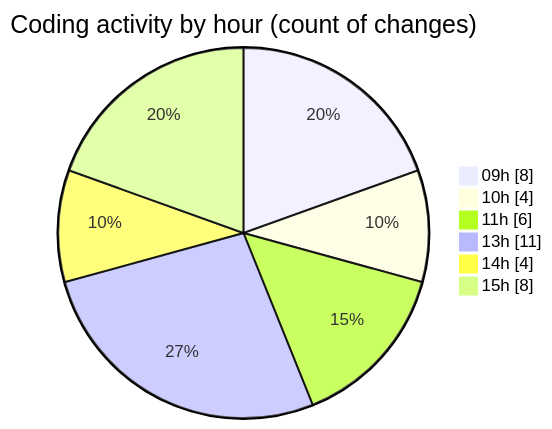
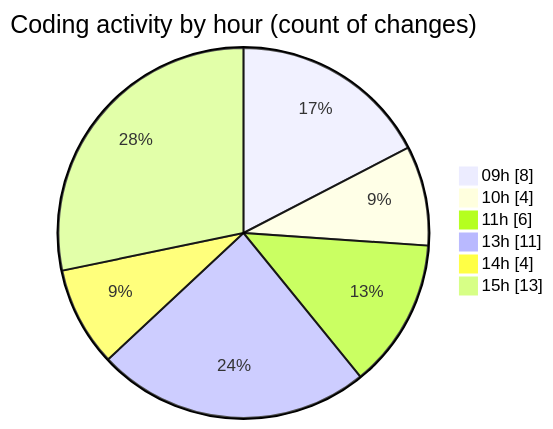
One commit to ricardozamudiocil/code-tracking changed the second of 2 diagrams in 2026-05-12/cilapp/README.md. Above: the diagram before and after it, drawn with Mermaid. The commit also changed other lines of this file and 1 other file, not shown here.

````diff
--- a/2026-05-12/cilapp/README.md
+++ b/2026-05-12/cilapp/README.md
@@ -36,10 +37,10 @@
 ```mermaid
 pie showData
 title Coding activity by hour (count of changes)
 "09h" : 8
 "10h" : 4
 "11h" : 6
 "13h" : 11
 "14h" : 4
-"15h" : 8
+"15h" : 13
 ```
````
